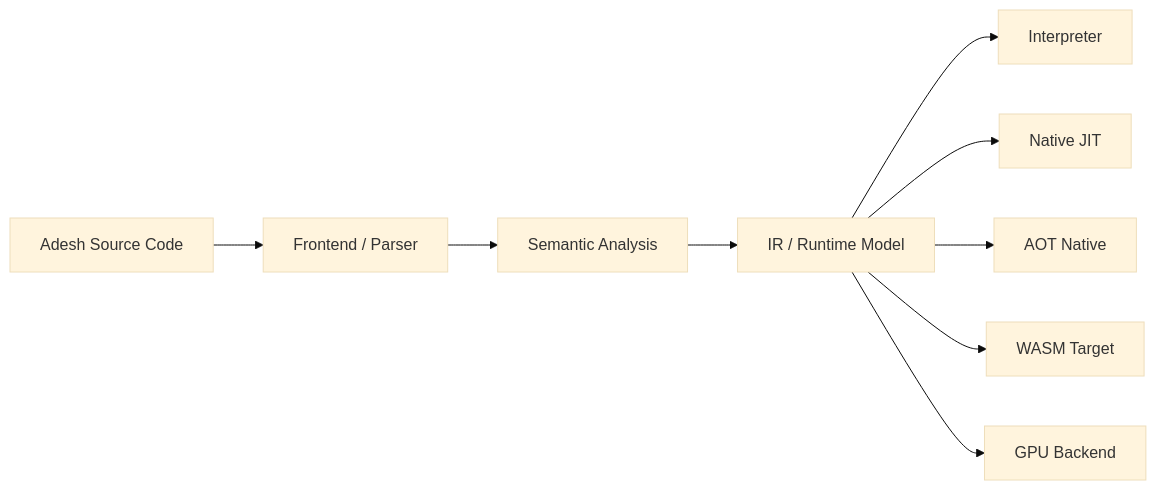
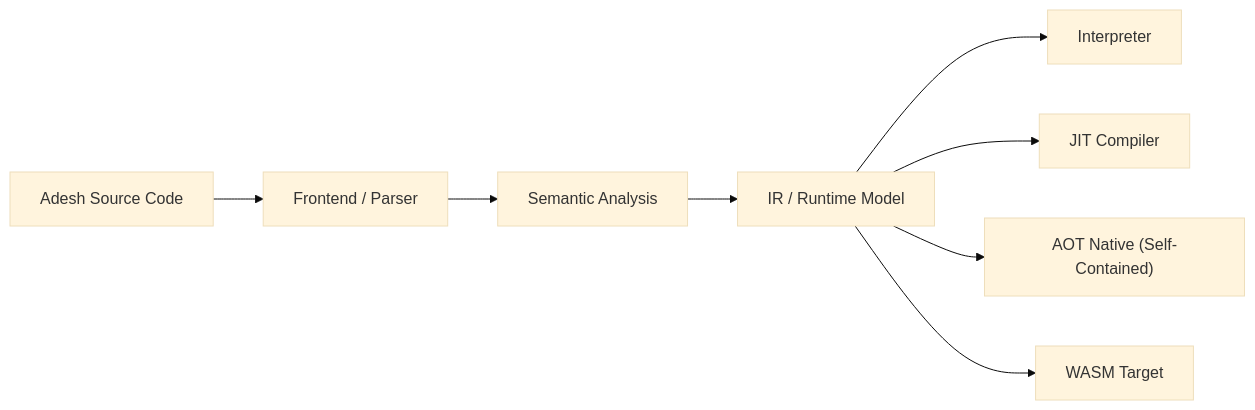
Before and after one commit to adeshlang/docs-website: the diagram in docs/intro.md, drawn with Mermaid (base theme). The commit also changed other lines of this file and 22 other files, not shown here.

````diff
--- a/docs/intro.md
+++ b/docs/intro.md
@@ -104,11 +104,10 @@
 ```mermaid
 flowchart LR
     A[Adesh Source Code] --> B[Frontend / Parser]
     B --> C[Semantic Analysis]
     C --> D[IR / Runtime Model]
     D --> E[Interpreter]
-    D --> F[Native JIT]
-    D --> G[AOT Native]
+    D --> F[JIT Compiler]
+    D --> G["AOT Native (Self-Contained)"]
     D --> H[WASM Target]
-    D --> I[GPU Backend]
 ```
````
